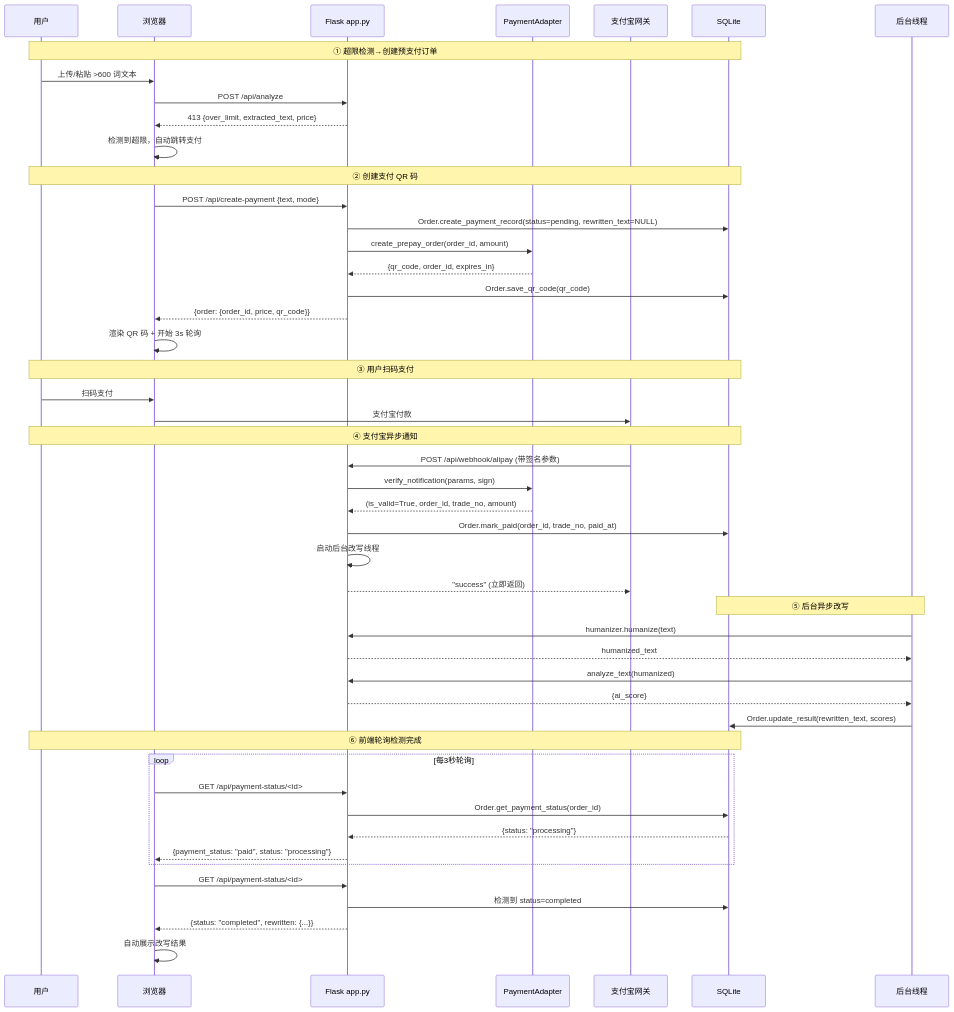
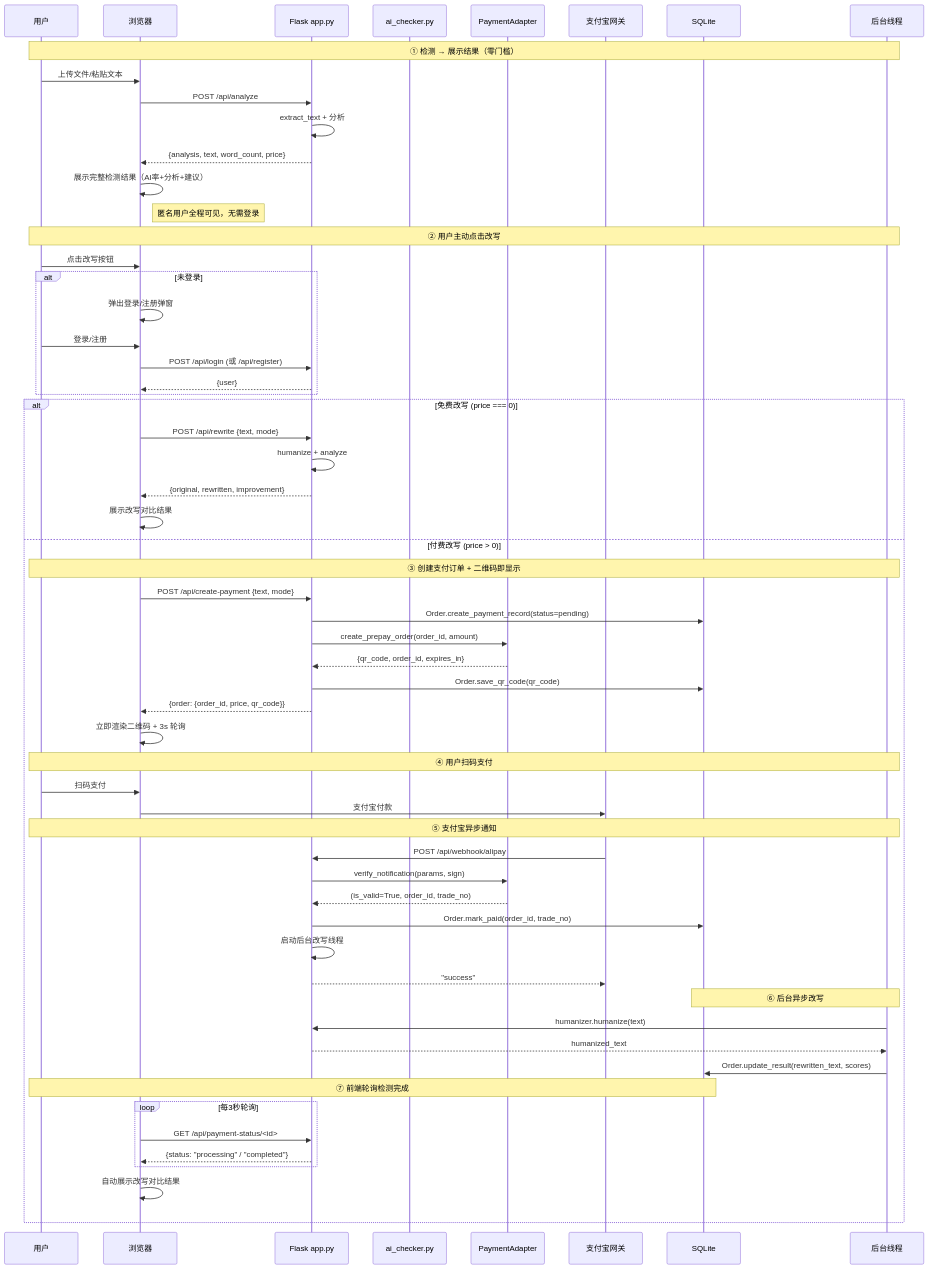
Before and after one commit to tjzzz/ipengAI_projects: the eighth of 17 diagrams in projects/aigc-humanizer-en/docs/TECHNICAL_ARCHITECTURE.md, drawn with Mermaid. The commit also changed other lines of this file and 10 other files, not shown here.

First line of the commit message:
feat: progressive interaction flow and interaction improvements

````diff
--- a/projects/aigc-humanizer-en/docs/TECHNICAL_ARCHITECTURE.md
+++ b/projects/aigc-humanizer-en/docs/TECHNICAL_ARCHITECTURE.md
@@ -457,56 +457,69 @@
 ```mermaid
 sequenceDiagram
     participant User as 用户
     participant Browser as 浏览器
     participant App as Flask app.py
+    participant AI as ai_checker.py
     participant PAdapter as PaymentAdapter
     participant Alipay as 支付宝网关
     participant DB as SQLite
     participant Thread as 后台线程
 
-    Note over User, DB: ① 超限检测→创建预支付订单
-    User->>Browser: 上传/粘贴 >600 词文本
+    Note over User, Thread: ① 检测 → 展示结果（零门槛）
+    User->>Browser: 上传文件/粘贴文本
     Browser->>App: POST /api/analyze
-    App-->>Browser: 413 {over_limit, extracted_text, price}
-    Browser->>Browser: 检测到超限，自动跳转支付
+    App->>App: extract_text + 分析
+    App-->>Browser: {analysis, text, word_count, price}
+    Browser->>Browser: 展示完整检测结果（AI率+分析+建议）
+    Note right of Browser: 匿名用户全程可见，无需登录
 
-    Note over User, DB: ② 创建支付 QR 码
-    Browser->>App: POST /api/create-payment {text, mode}
-    App->>DB: Order.create_payment_record(status=pending, rewritten_text=NULL)
-    App->>PAdapter: create_prepay_order(order_id, amount)
-    PAdapter-->>App: {qr_code, order_id, expires_in}
-    App->>DB: Order.save_qr_code(qr_code)
-    App-->>Browser: {order: {order_id, price, qr_code}}
-    Browser->>Browser: 渲染 QR 码 + 开始 3s 轮询
+    Note over User, Thread: ② 用户主动点击改写
+    User->>Browser: 点击改写按钮
+    alt 未登录
+        Browser->>Browser: 弹出登录/注册弹窗
+        User->>Browser: 登录/注册
+        Browser->>App: POST /api/login (或 /api/register)
+        App-->>Browser: {user}
+    end
 
-    Note over User, DB: ③ 用户扫码支付
-    User->>Browser: 扫码支付
-    Browser->>Alipay: 支付宝付款
+    alt 免费改写 (price === 0)
+        Browser->>App: POST /api/rewrite {text, mode}
+        App->>App: humanize + analyze
+        App-->>Browser: {original, rewritten, improvement}
+        Browser->>Browser: 展示改写对比结果
 
-    Note over User, DB: ④ 支付宝异步通知
-    Alipay->>App: POST /api/webhook/alipay (带签名参数)
-    App->>PAdapter: verify_notification(params, sign)
-    PAdapter-->>App: (is_valid=True, order_id, trade_no, amount)
-    App->>DB: Order.mark_paid(order_id, trade_no, paid_at)
-    App->>App: 启动后台改写线程
-    App-->>Alipay: "success" (立即返回)
+    else 付费改写 (price > 0)
+        Note over User, Thread: ③ 创建支付订单 + 二维码即显示
+        Browser->>App: POST /api/create-payment {text, mode}
+        App->>DB: Order.create_payment_record(status=pending)
+        App->>PAdapter: create_prepay_order(order_id, amount)
+        PAdapter-->>App: {qr_code, order_id, expires_in}
+        App->>DB: Order.save_qr_code(qr_code)
+        App-->>Browser: {order: {order_id, price, qr_code}}
+        Browser->>Browser: 立即渲染二维码 + 3s 轮询
 
-    Note over Thread, DB: ⑤ 后台异步改写
-    Thread->>App: humanizer.humanize(text)
-    App-->>Thread: humanized_text
-    Thread->>App: analyze_text(humanized)
-    App-->>Thread: {ai_score}
-    Thread->>DB: Order.update_result(rewritten_text, scores)
+        Note over User, Thread: ④ 用户扫码支付
+        User->>Browser: 扫码支付
+        Browser->>Alipay: 支付宝付款
 
-    Note over User, DB: ⑥ 前端轮询检测完成
-    loop 每3秒轮询
-        Browser->>App: GET /api/payment-status/<id>
-        App->>DB: Order.get_payment_status(order_id)
-        DB-->>App: {status: "processing"}
-        App-->>Browser: {payment_status: "paid", status: "processing"}
+        Note over User, Thread: ⑤ 支付宝异步通知
+        Alipay->>App: POST /api/webhook/alipay
+        App->>PAdapter: verify_notification(params, sign)
+        PAdapter-->>App: (is_valid=True, order_id, trade_no)
+        App->>DB: Order.mark_paid(order_id, trade_no)
+        App->>App: 启动后台改写线程
+        App-->>Alipay: "success"
+
+        Note over Thread, DB: ⑥ 后台异步改写
+        Thread->>App: humanizer.humanize(text)
+        App-->>Thread: humanized_text
+        Thread->>DB: Order.update_result(rewritten_text, scores)
+
+        Note over User, DB: ⑦ 前端轮询检测完成
+        loop 每3秒轮询
+            Browser->>App: GET /api/payment-status/<id>
+            App-->>Browser: {status: "processing" / "completed"}
+        end
+        Browser->>Browser: 自动展示改写对比结果
     end
-    Browser->>App: GET /api/payment-status/<id>
-    App->>DB: 检测到 status=completed
-    App-->>Browser: {status: "completed", rewritten: {...}}
-    Browser->>Browser: 自动展示改写结果
 ```
````
